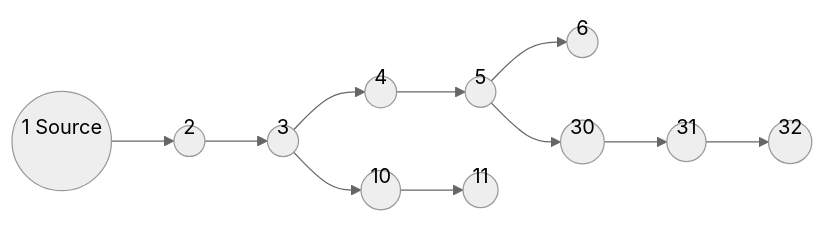
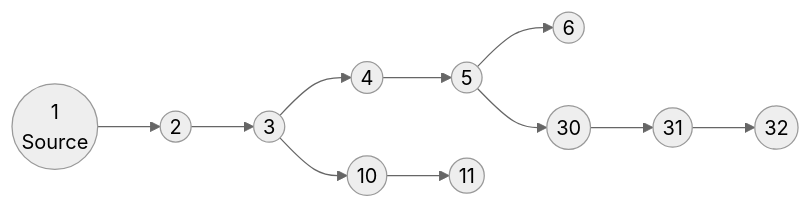
The diagram in README.md (julien-fontan/HeatPilot-RL), drawn with Mermaid (neutral theme) before and after one commit. The commit also changed other lines of this file and 24 other files, not shown here.

````diff
--- a/README.md
+++ b/README.md
@@ -20,15 +20,15 @@
 ```mermaid
 graph LR
-    1((1 Source<br/>&nbsp;)) --> 2((2<br/>&nbsp;))
-    2 --> 3((3<br/>&nbsp;))
-    3 --> 4((4<br/>&nbsp;))
-    4 --> 5((5<br/>&nbsp;))
-    5 --> 6((6<br/>&nbsp;))
+    1((1<br/>Source)) --> 2((2))
+    2 --> 3((3))
+    3 --> 4((4))
+    4 --> 5((5))
+    5 --> 6((6))
 
-    3 --> 10((10<br/>&nbsp;))
-    10 --> 11((11<br/>&nbsp;))
+    3 --> 10((10))
+    10 --> 11((11))
 
-    5 --> 30((30<br/>&nbsp;))
-    30 --> 31((31<br/>&nbsp;))
-    31 --> 32((32<br/>&nbsp;))
+    5 --> 30((30))
+    30 --> 31((31))
+    31 --> 32((32))
 ```
````
